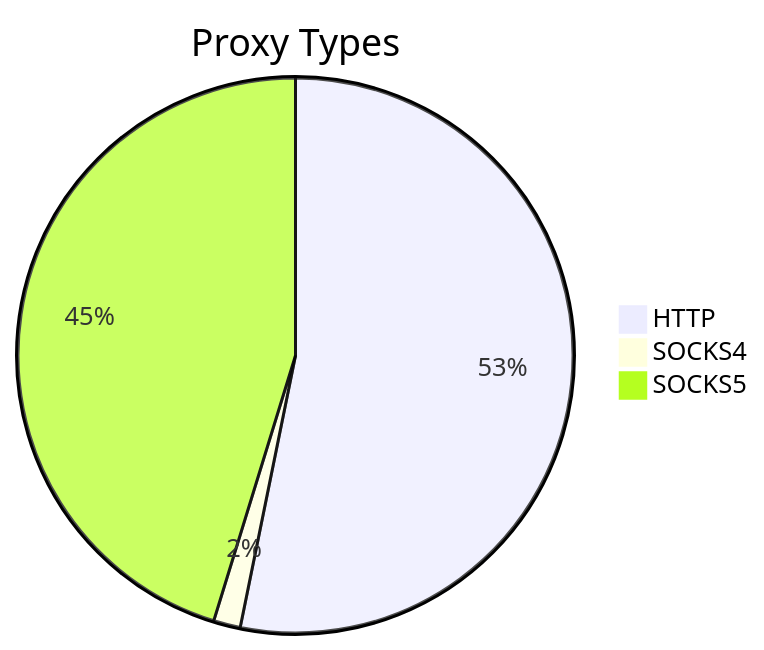
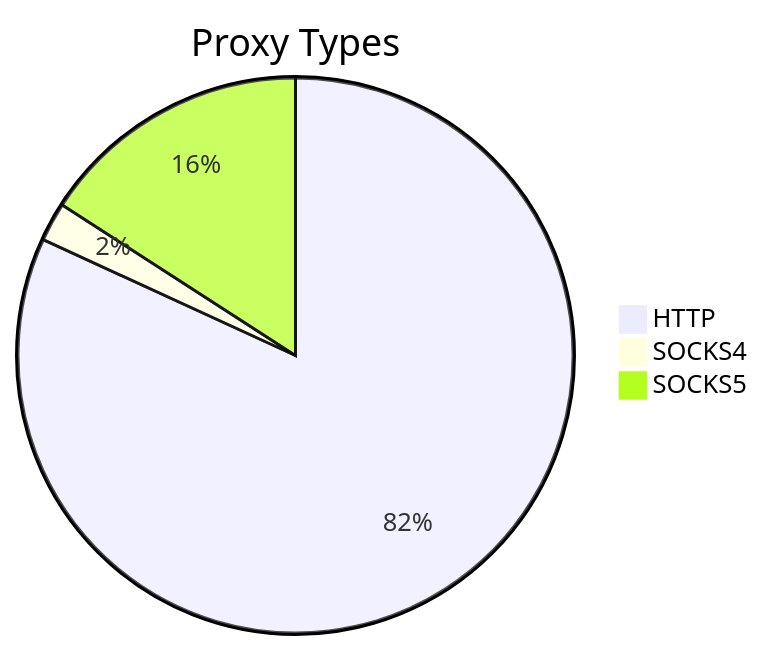
One commit to stormsia/proxy-list changed the first of 2 diagrams in README.md. Above: the diagram before and after it, drawn with Mermaid. The commit also changed other lines of this file, not shown here.

````diff
--- a/README.md
+++ b/README.md
@@ -21,6 +21,6 @@
 ```mermaid
 pie title Proxy Types
-    "HTTP" : 816
-    "SOCKS4" : 24
-    "SOCKS5" : 694
+    "HTTP" : 1227
+    "SOCKS4" : 34
+    "SOCKS5" : 238
 ```
````
